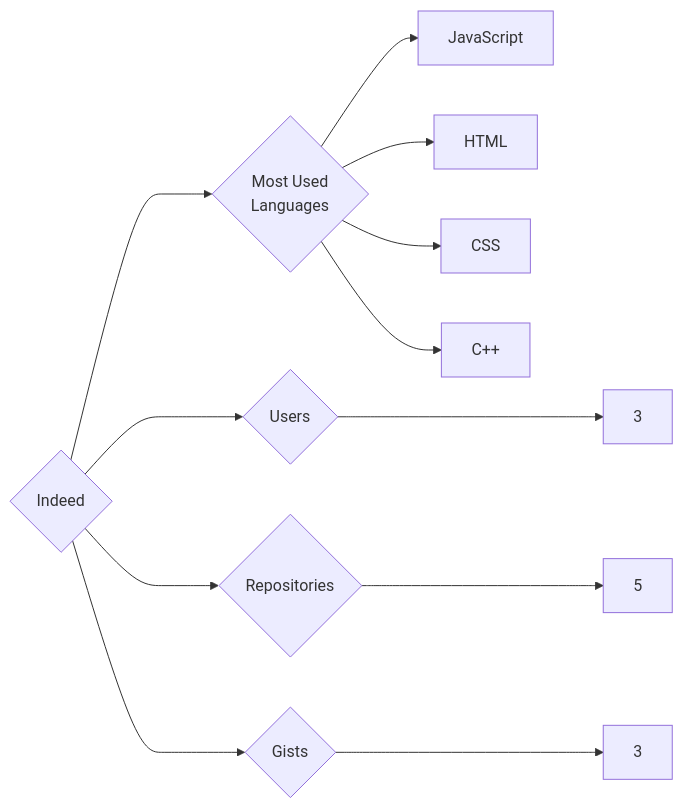
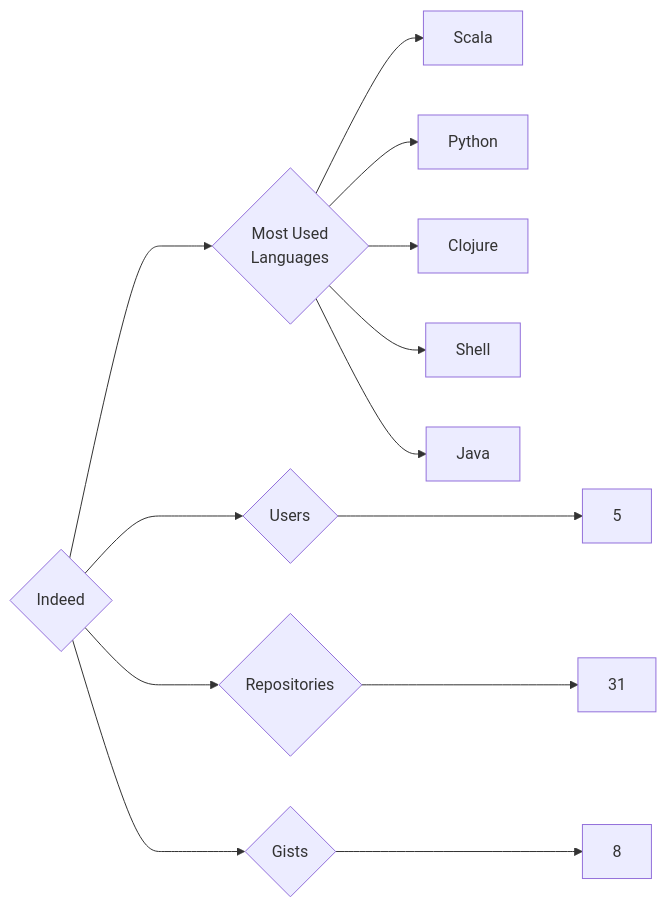
Before and after one commit to trickest/insiders: the diagram in targets/Indeed/README.md, drawn with Mermaid. The commit also changed 1088 other files, not shown here.

````diff
--- a/targets/Indeed/README.md
+++ b/targets/Indeed/README.md
@@ -3,12 +3,13 @@
 ```mermaid
 graph LR
 COMPANY_NAME{Indeed}
-COMPANY_NAME ---> U{Users} ---> UN[3]
-COMPANY_NAME ---> R{Repositories} ---> RN[5]
-COMPANY_NAME ---> G{Gists} ---> GN[3]
+COMPANY_NAME ---> U{Users} ---> UN[5]
+COMPANY_NAME ---> R{Repositories} ---> RN[31]
+COMPANY_NAME ---> G{Gists} ---> GN[8]
 COMPANY_NAME ---> ML{Most Used<br>Languages}
-ML --> JavaScript[JavaScript]
-ML --> HTML[HTML]
-ML --> CSS[CSS]
-ML --> C++[C++]
+ML --> Scala[Scala]
+ML --> Python[Python]
+ML --> Clojure[Clojure]
+ML --> Shell[Shell]
+ML --> Java[Java]
 ```
````
